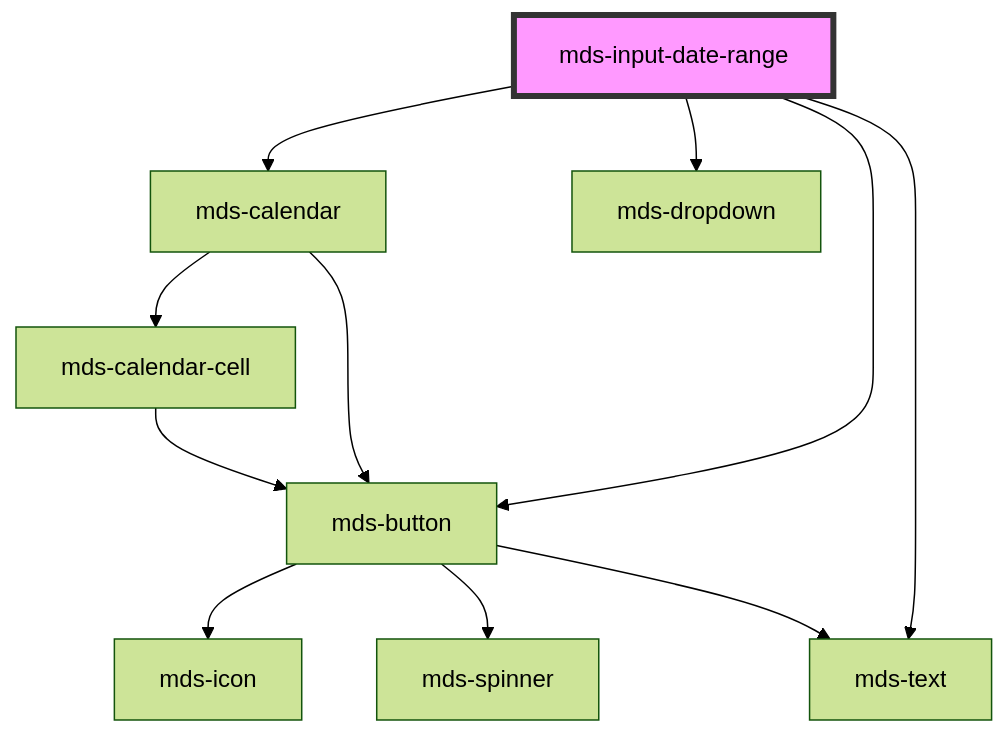
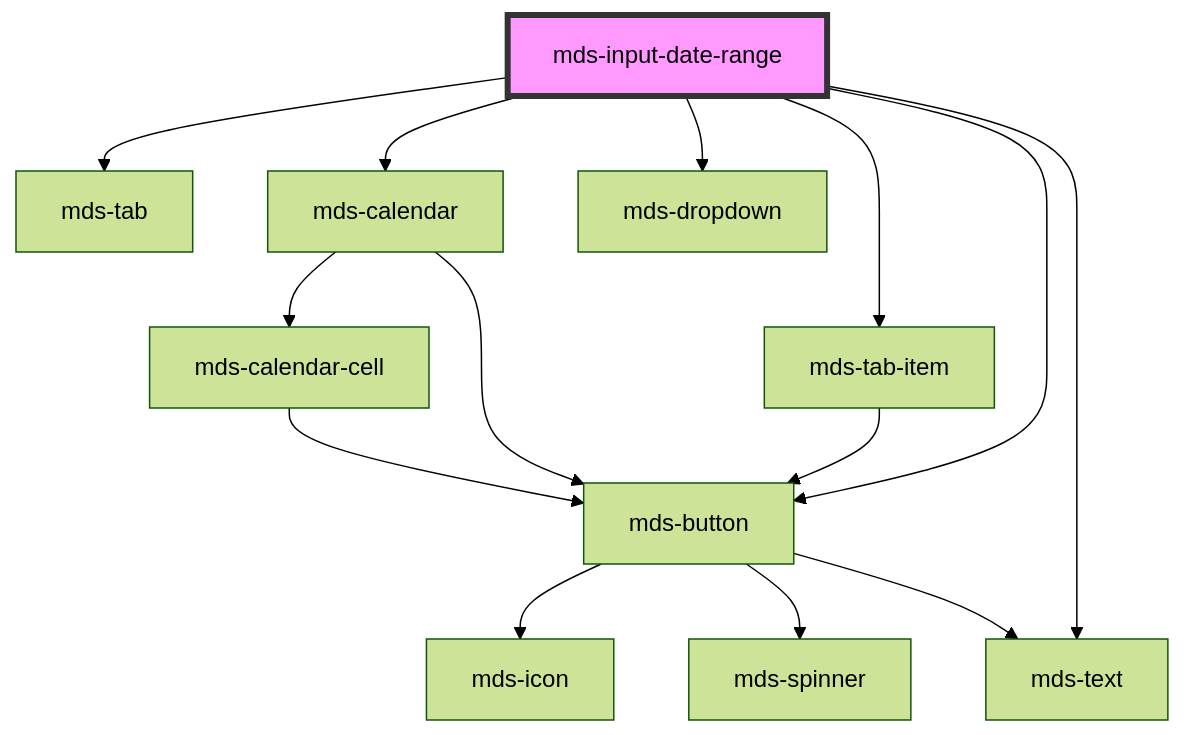
The diagram in projects/stencil/src/components/mds-input-date-range/readme.md (magma-design-system/magma), drawn with Mermaid (forest theme) before and after one commit. The commit also changed other lines of this file and 11 other files, not shown here.

First line of the commit message:
feat(mds-input-date-range): pick the end of the active field, shown in a header

````diff
--- a/projects/stencil/src/components/mds-input-date-range/readme.md
+++ b/projects/stencil/src/components/mds-input-date-range/readme.md
@@ -393,14 +409,17 @@
 ```mermaid
 graph TD;
+  mds-input-date-range --> mds-tab
+  mds-input-date-range --> mds-tab-item
   mds-input-date-range --> mds-calendar
   mds-input-date-range --> mds-text
   mds-input-date-range --> mds-button
   mds-input-date-range --> mds-dropdown
-  mds-calendar --> mds-button
-  mds-calendar --> mds-calendar-cell
+  mds-tab-item --> mds-button
   mds-button --> mds-icon
   mds-button --> mds-spinner
   mds-button --> mds-text
+  mds-calendar --> mds-button
+  mds-calendar --> mds-calendar-cell
   mds-calendar-cell --> mds-button
   style mds-input-date-range fill:#f9f,stroke:#333,stroke-width:4px
 ```
````
